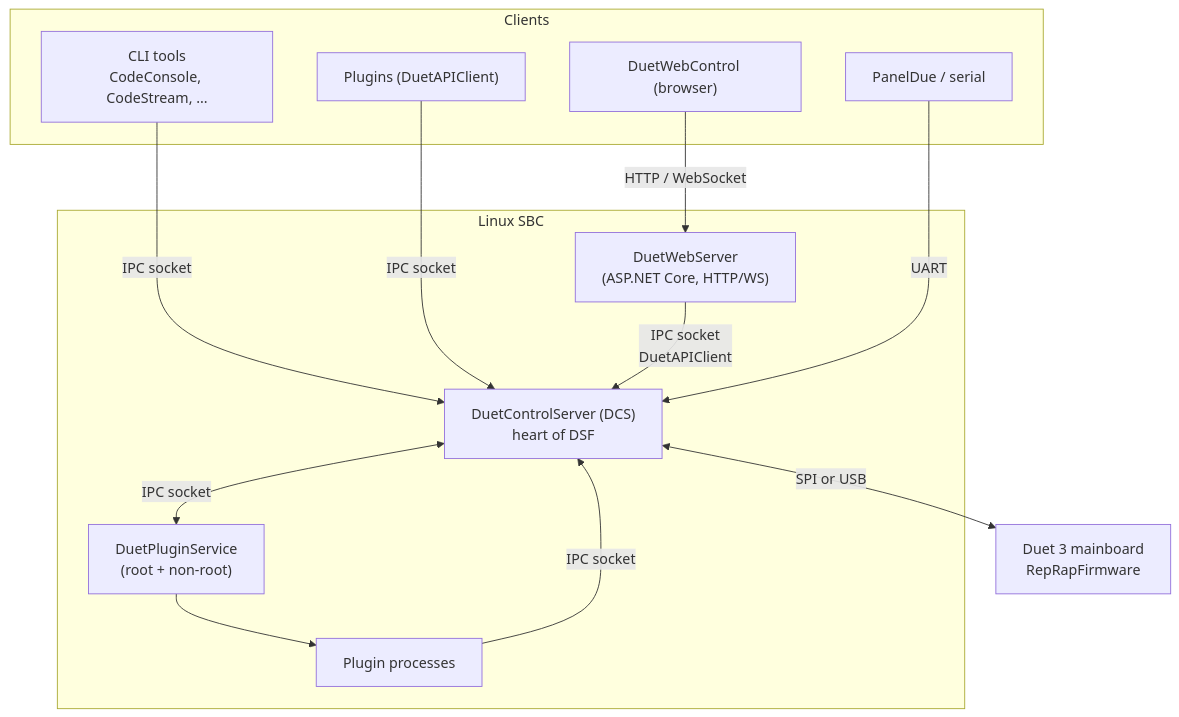
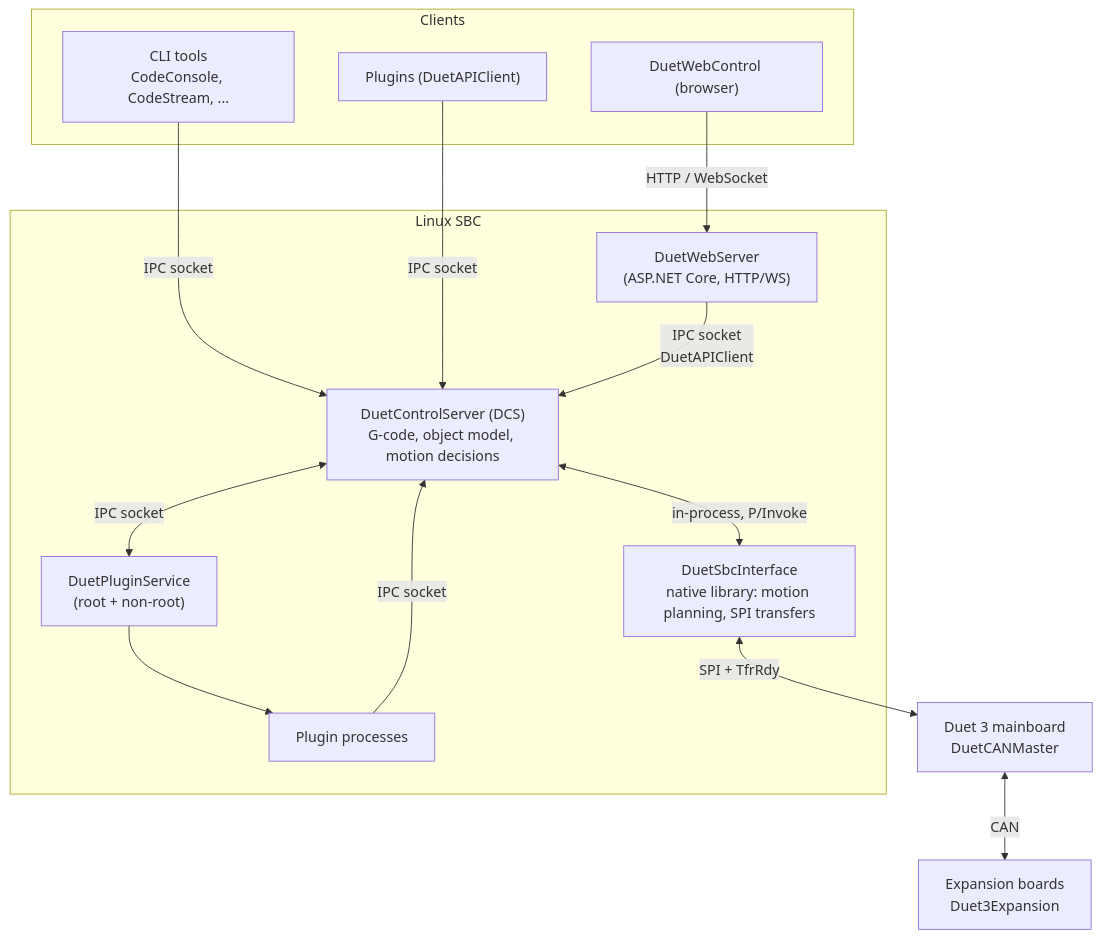
The diagram in src/Documentation/articles/intro.md (Duet3D/DuetSoftwareFramework), drawn with Mermaid before and after one commit. The commit also changed other lines of this file and 8 other files, not shown here.

````diff
--- a/src/Documentation/articles/intro.md
+++ b/src/Documentation/articles/intro.md
@@ -27,28 +38,30 @@
 ```mermaid
 flowchart TB
     subgraph clients["Clients"]
         DWC["DuetWebControl (browser)"]
-        PANELDUE["PanelDue / serial"]
         CLITOOLS["CLI tools<br/>CodeConsole, CodeStream, ..."]
         EXTPLUGIN["Plugins (DuetAPIClient)"]
     end
 
     subgraph sbc["Linux SBC"]
         DWS["DuetWebServer<br/>(ASP.NET Core, HTTP/WS)"]
-        DCS["DuetControlServer (DCS)<br/>heart of DSF"]
+        DCS["DuetControlServer (DCS)<br/>G-code, object model, motion decisions"]
+        SBCI["DuetSbcInterface<br/>native library: motion planning, SPI transfers"]
         DPS["DuetPluginService<br/>(root + non-root)"]
         PLUGINPROC["Plugin processes"]
     end
 
-    DUET["Duet 3 mainboard<br/>RepRapFirmware"]
+    DUET["Duet 3 mainboard<br/>DuetCANMaster"]
+    EXP["Expansion boards<br/>Duet3Expansion"]
 
     DWC -->|HTTP / WebSocket| DWS
     CLITOOLS -->|IPC socket| DCS
     EXTPLUGIN -->|IPC socket| DCS
     DWS -->|IPC socket<br/>DuetAPIClient| DCS
-    PANELDUE -->|UART| DCS
     DCS <-->|IPC socket| DPS
     DPS --> PLUGINPROC
     PLUGINPROC -->|IPC socket| DCS
-    DCS <-->|SPI or USB| DUET
+    DCS <-->|in-process, P/Invoke| SBCI
+    SBCI <-->|SPI + TfrRdy| DUET
+    DUET <-->|CAN| EXP
 ```
````
